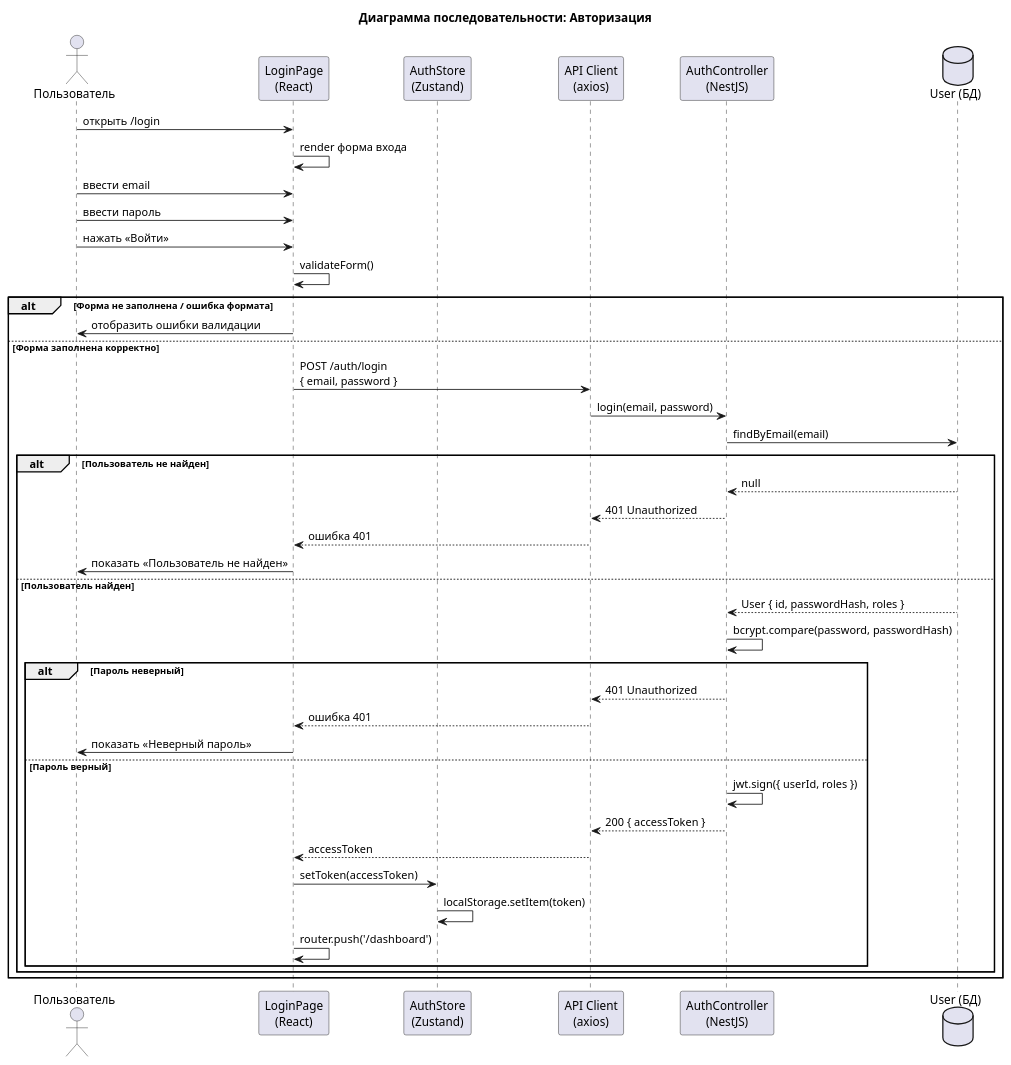
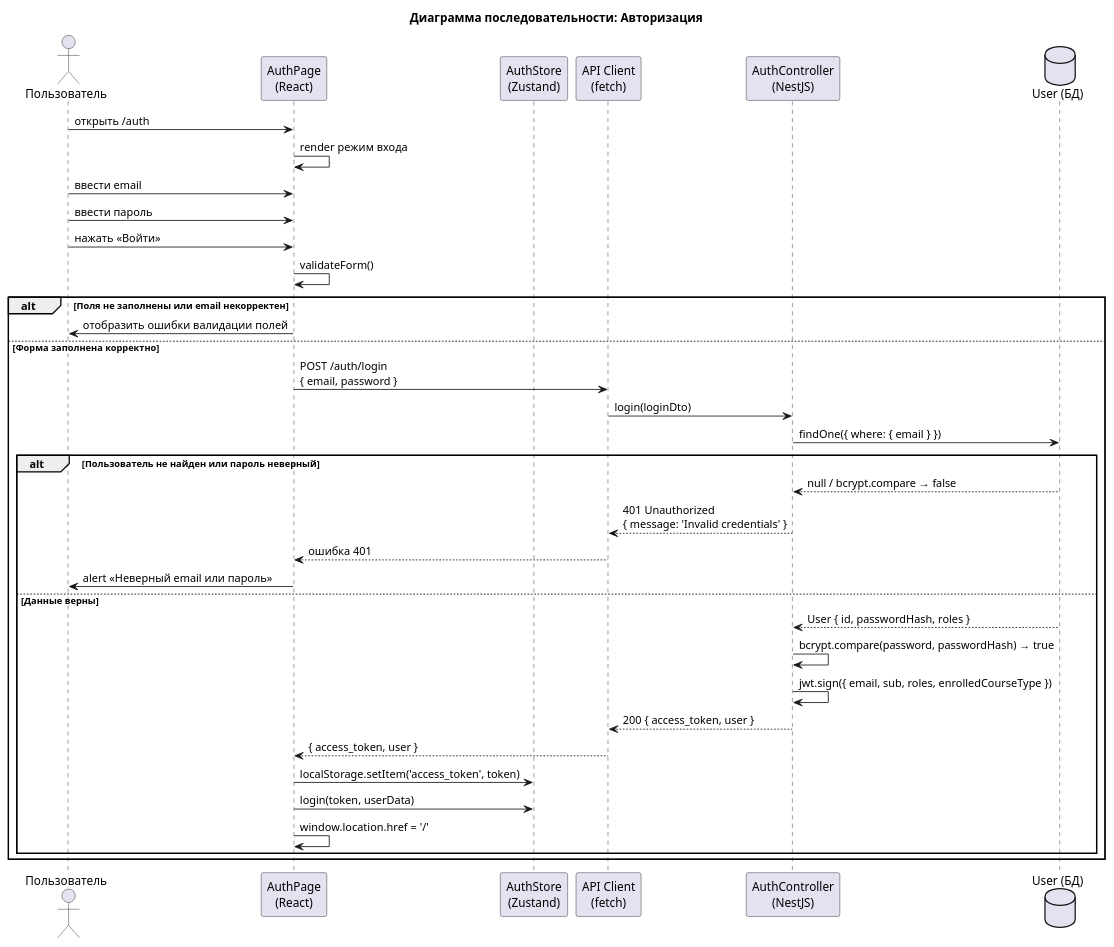
One commit to DoniZefironi/ASOI-Diploma changed the diagram in пояснительная записка/diagrams/seq_01_authorization.puml. Above: the diagram before and after it, drawn with PlantUML. The commit also changed 13 other files, not shown here.

```diff
--- a/пояснительная записка/diagrams/seq_01_authorization.puml
+++ b/пояснительная записка/diagrams/seq_01_authorization.puml
@@ -1,50 +1,43 @@
 @startuml
 title Диаграмма последовательности: Авторизация
 
 actor Пользователь as User
-participant "LoginPage\n(React)" as LP
+participant "AuthPage\n(React)" as AP
 participant "AuthStore\n(Zustand)" as AS
-participant "API Client\n(axios)" as API
+participant "API Client\n(fetch)" as API
 participant "AuthController\n(NestJS)" as AC
 database "User (БД)" as DB
 
-User -> LP: открыть /login
-LP -> LP: render форма входа
+User -> AP: открыть /auth
+AP -> AP: render режим входа
 
-User -> LP: ввести email
-User -> LP: ввести пароль
-User -> LP: нажать «Войти»
-LP -> LP: validateForm()
+User -> AP: ввести email
+User -> AP: ввести пароль
+User -> AP: нажать «Войти»
+AP -> AP: validateForm()
 
-alt Форма не заполнена / ошибка формата
-  LP -> User: отобразить ошибки валидации
+alt Поля не заполнены или email некорректен
+  AP -> User: отобразить ошибки валидации полей
 else Форма заполнена корректно
-  LP -> API: POST /auth/login\n{ email, password }
-  API -> AC: login(email, password)
-  AC -> DB: findByEmail(email)
+  AP -> API: POST /auth/login\n{ email, password }
+  API -> AC: login(loginDto)
+  AC -> DB: findOne({ where: { email } })
 
-  alt Пользователь не найден
-    DB --> AC: null
-    AC --> API: 401 Unauthorized
-    API --> LP: ошибка 401
-    LP -> User: показать «Пользователь не найден»
-  else Пользователь найден
+  alt Пользователь не найден или пароль неверный
+    DB --> AC: null / bcrypt.compare → false
+    AC --> API: 401 Unauthorized\n{ message: 'Invalid credentials' }
+    API --> AP: ошибка 401
+    AP -> User: alert «Неверный email или пароль»
+  else Данные верны
     DB --> AC: User { id, passwordHash, roles }
-    AC -> AC: bcrypt.compare(password, passwordHash)
-
-    alt Пароль неверный
-      AC --> API: 401 Unauthorized
-      API --> LP: ошибка 401
-      LP -> User: показать «Неверный пароль»
-    else Пароль верный
-      AC -> AC: jwt.sign({ userId, roles })
-      AC --> API: 200 { accessToken }
-      API --> LP: accessToken
-      LP -> AS: setToken(accessToken)
-      AS -> AS: localStorage.setItem(token)
-      LP -> LP: router.push('/dashboard')
-    end
+    AC -> AC: bcrypt.compare(password, passwordHash) → true
+    AC -> AC: jwt.sign({ email, sub, roles, enrolledCourseType })
+    AC --> API: 200 { access_token, user }
+    API --> AP: { access_token, user }
+    AP -> AS: localStorage.setItem('access_token', token)
+    AP -> AS: login(token, userData)
+    AP -> AP: window.location.href = '/'
   end
 end
 
 @enduml
```
